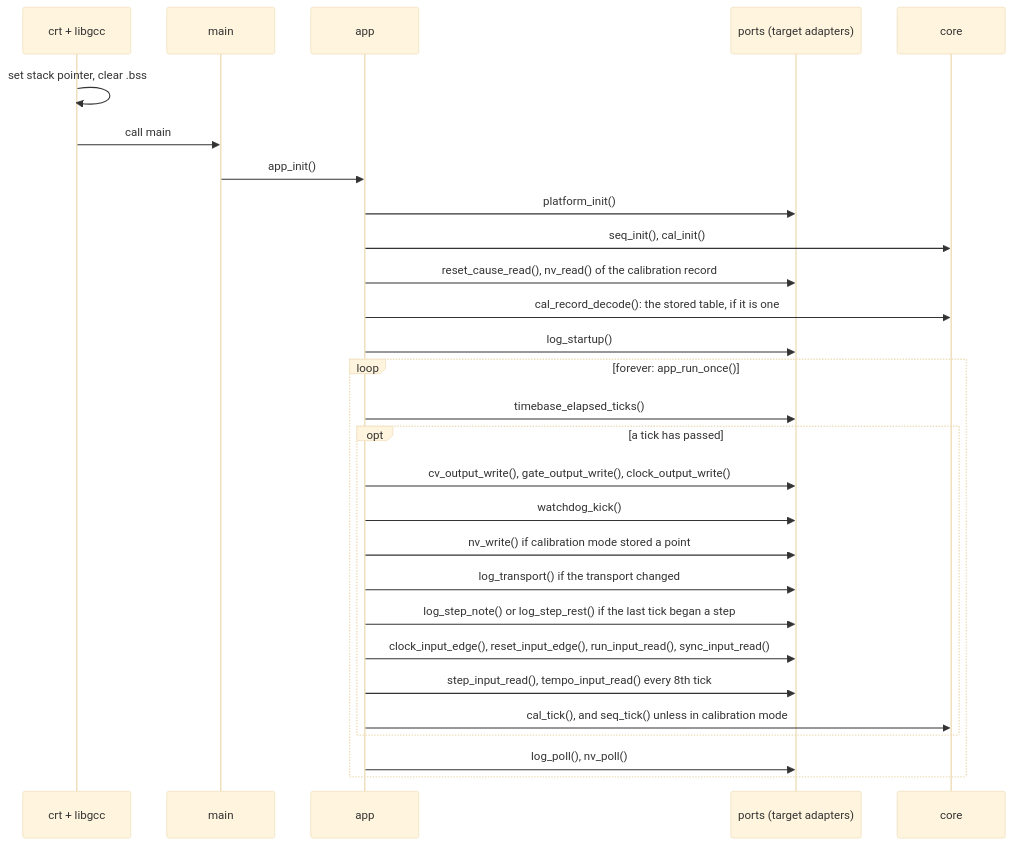
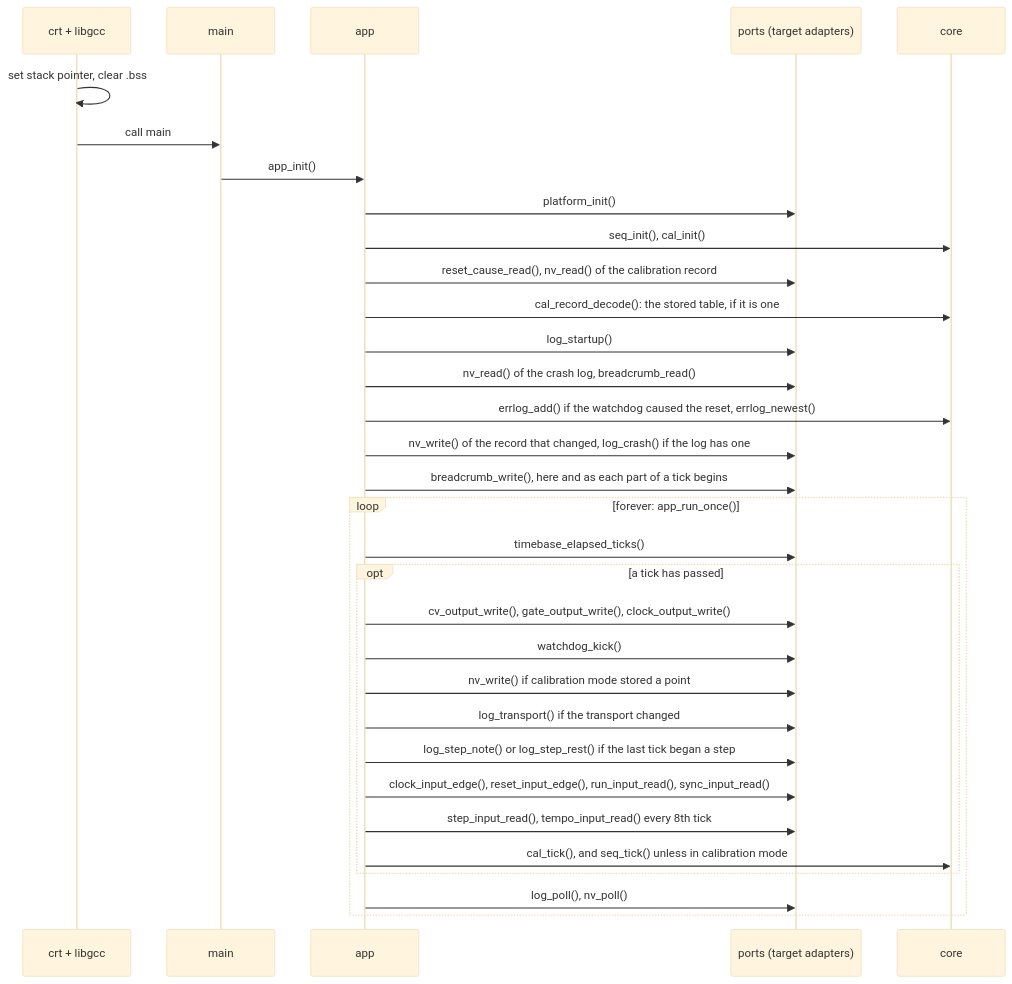
The third of 27 diagrams in docs/ARCHITECTURE.md (BonelessPig/nano_sequencer), drawn with Mermaid (base theme) before and after one commit. The commit also changed other lines of this file and 32 other files, not shown here.

First line of the commit message:
Phase 9, the rest: the crash log

````diff
--- a/docs/ARCHITECTURE.md
+++ b/docs/ARCHITECTURE.md
@@ -167,30 +172,34 @@
 ```mermaid
 sequenceDiagram
     participant CRT as crt + libgcc
     participant M as main
     participant A as app
     participant P as ports (target adapters)
     participant C as core
     CRT->>CRT: set stack pointer, clear .bss
     CRT->>M: call main
     M->>A: app_init()
     A->>P: platform_init()
     A->>C: seq_init(), cal_init()
     A->>P: reset_cause_read(), nv_read() of the calibration record
     A->>C: cal_record_decode(): the stored table, if it is one
     A->>P: log_startup()
+    A->>P: nv_read() of the crash log, breadcrumb_read()
+    A->>C: errlog_add() if the watchdog caused the reset, errlog_newest()
+    A->>P: nv_write() of the record that changed, log_crash() if the log has one
+    A->>P: breadcrumb_write(), here and as each part of a tick begins
     loop forever: app_run_once()
         A->>P: timebase_elapsed_ticks()
         opt a tick has passed
             A->>P: cv_output_write(), gate_output_write(), clock_output_write()
             A->>P: watchdog_kick()
             A->>P: nv_write() if calibration mode stored a point
             A->>P: log_transport() if the transport changed
             A->>P: log_step_note() or log_step_rest() if the last tick began a step
             A->>P: clock_input_edge(), reset_input_edge(), run_input_read(), sync_input_read()
             A->>P: step_input_read(), tempo_input_read() every 8th tick
             A->>C: cal_tick(), and seq_tick() unless in calibration mode
         end
         A->>P: log_poll(), nv_poll()
     end
 ```
````
